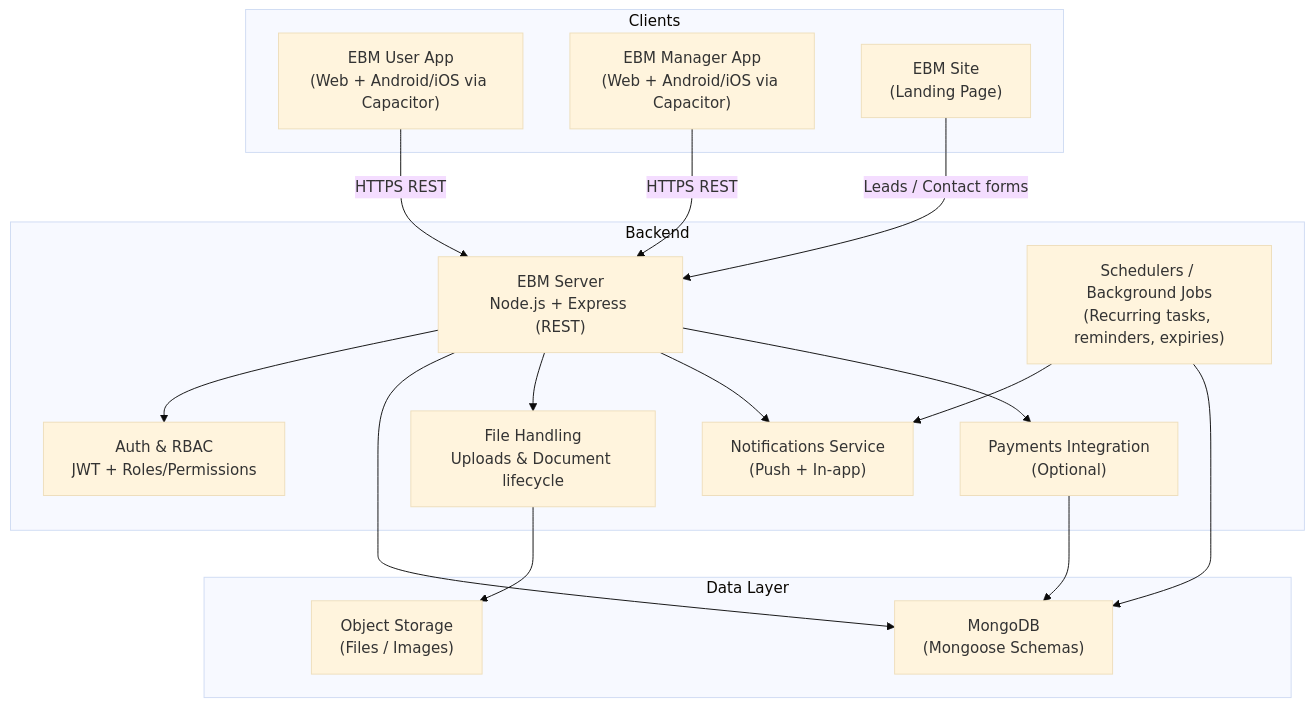
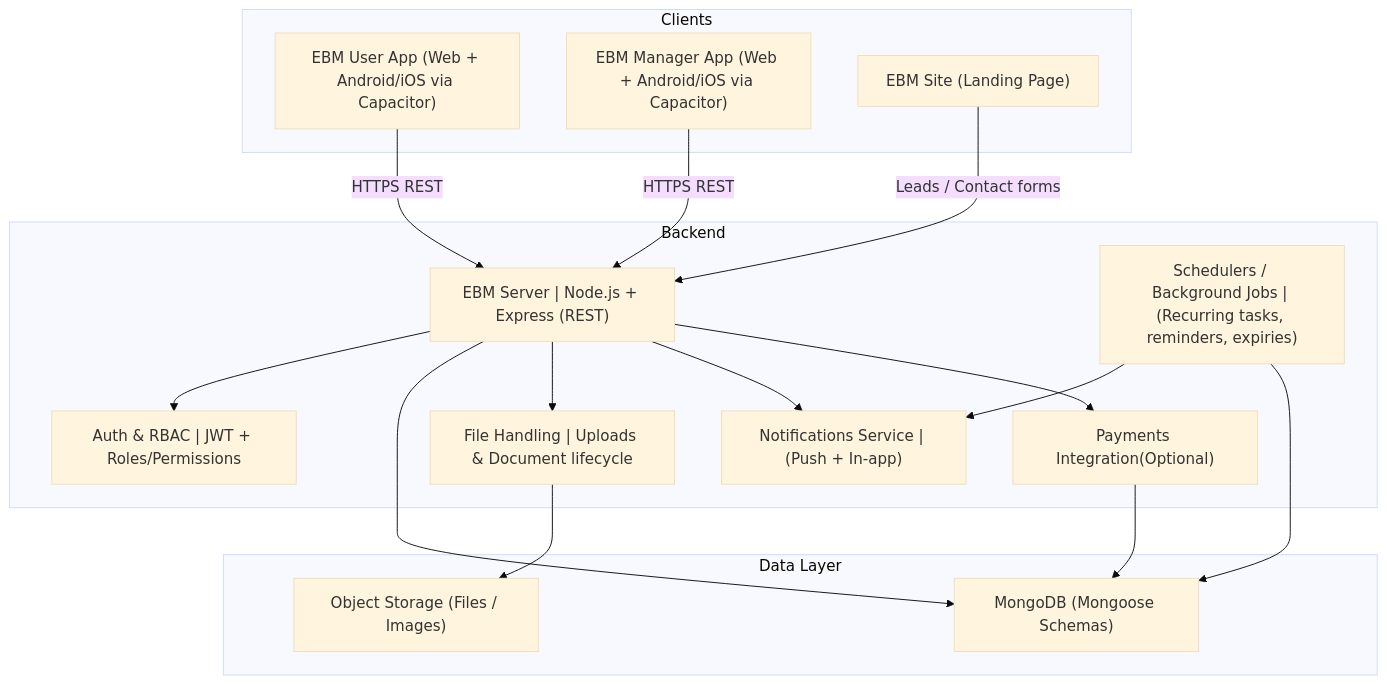
Before and after one commit to Avraham0003/ebm-platform: the diagram in README.md, drawn with Mermaid (base theme).

Commit message:
last last

````diff
--- a/README.md
+++ b/README.md
@@ -14,42 +14,42 @@
 ```mermaid
 flowchart TB
   %% Clients
   subgraph Clients["Clients"]
-    U["EBM User App\n(Web + Android/iOS via Capacitor)"]
-    M["EBM Manager App\n(Web + Android/iOS via Capacitor)"]
-    S["EBM Site\n(Landing Page)"]
+    U["EBM User App (Web + Android/iOS via Capacitor)"]
+    M["EBM Manager App (Web + Android/iOS via Capacitor)"]
+    S["EBM Site (Landing Page)"]
   end
 
   %% Backend
   subgraph Backend["Backend"]
-    API["EBM Server\nNode.js + Express (REST)"]
-    AUTH["Auth & RBAC\nJWT + Roles/Permissions"]
-    JOBS["Schedulers / Background Jobs\n(Recurring tasks, reminders, expiries)"]
-    NOTIF["Notifications Service\n(Push + In-app)"]
-    FILES["File Handling\nUploads & Document lifecycle"]
-    PAY["Payments Integration\n(Optional)"]
+    API["EBM Server | Node.js + Express (REST)"]
+    AUTH["Auth & RBAC | JWT + Roles/Permissions"]
+    JOBS["Schedulers / Background Jobs | (Recurring tasks, reminders, expiries)"]
+    NOTIF["Notifications Service | (Push + In-app)"]
+    FILES["File Handling | Uploads & Document lifecycle"]
+    PAY["Payments Integration(Optional)"]
   end
 
   %% Data
   subgraph Data["Data Layer"]
-    DB["MongoDB\n(Mongoose Schemas)"]
-    STORAGE["Object Storage\n(Files / Images)"]
+    DB["MongoDB (Mongoose Schemas)"]
+    STORAGE["Object Storage (Files / Images)"]
   end
 
   %% Connections
   U -->|HTTPS REST| API
   M -->|HTTPS REST| API
   S -->|Leads / Contact forms| API
 
   API --> AUTH
   API --> DB
   API --> FILES
   FILES --> STORAGE
 
   API --> NOTIF
   JOBS --> NOTIF
   JOBS --> DB
 
   API --> PAY
   PAY --> DB
   ```
````
